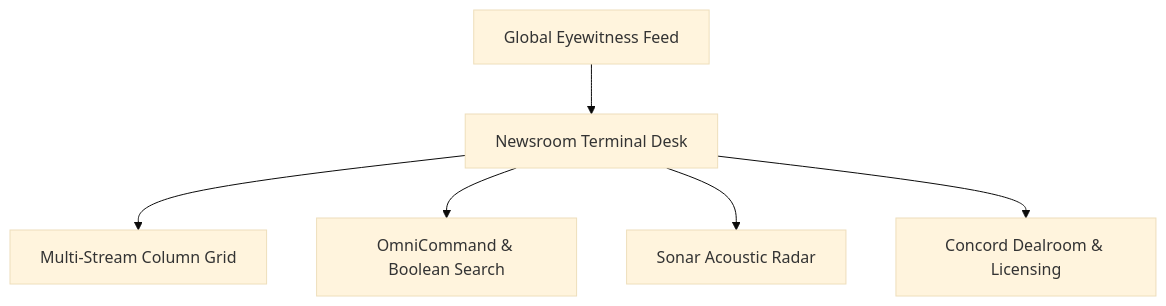
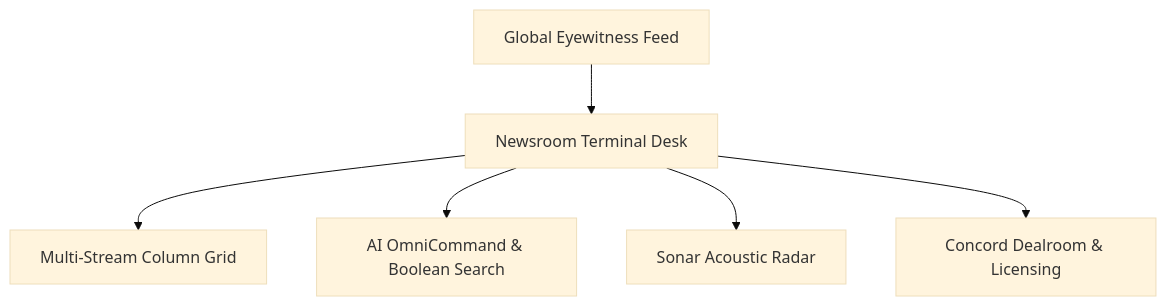
One commit to NewsCompass/docs changed the diagram in terminal/overview.mdx. Above: the diagram before and after it, drawn with Mermaid (base theme). The commit also changed other lines of this file and 3 other files, not shown here.

Commit message:
docs: detail OmniCommand AI search architecture (multi-tier latency caching, semantic vector cache, and newsroom briefing synthesis)

````diff
--- a/terminal/overview.mdx
+++ b/terminal/overview.mdx
@@ -8,8 +8,8 @@
 ```mermaid
 graph TD
     A[Global Eyewitness Feed] --> B[Newsroom Terminal Desk]
     B --> C[Multi-Stream Column Grid]
-    B --> D[OmniCommand & Boolean Search]
+    B --> D[AI OmniCommand & Boolean Search]
     B --> E[Sonar Acoustic Radar]
     B --> F[Concord Dealroom & Licensing]
 ```
````
